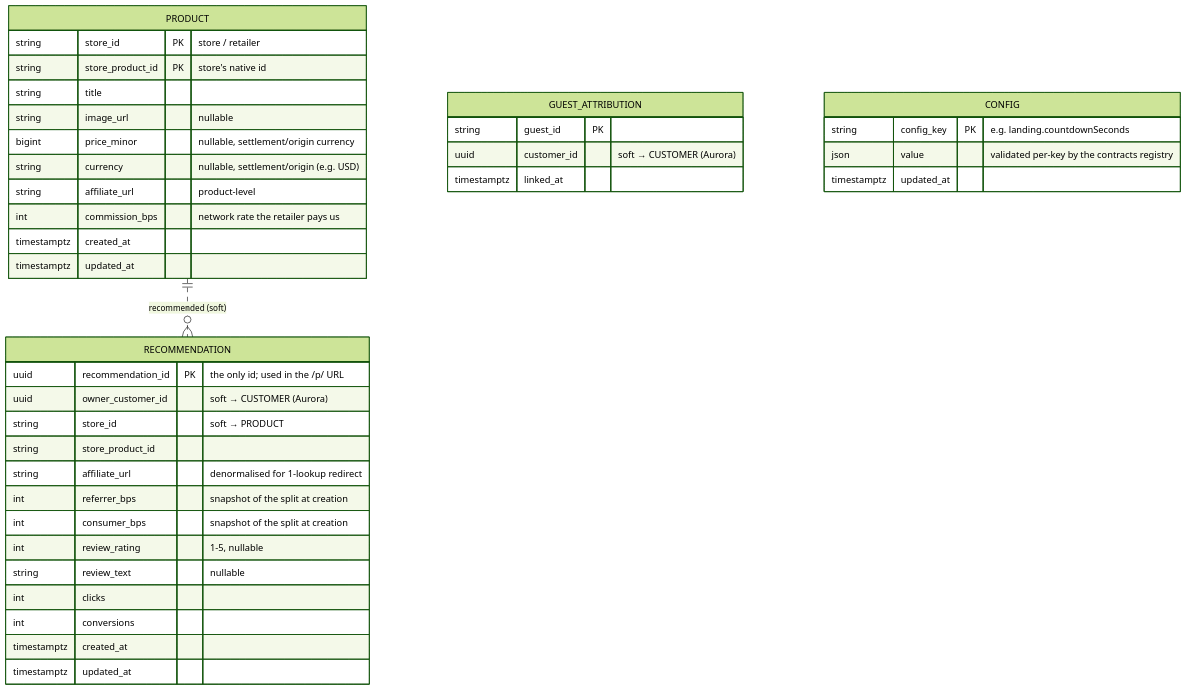
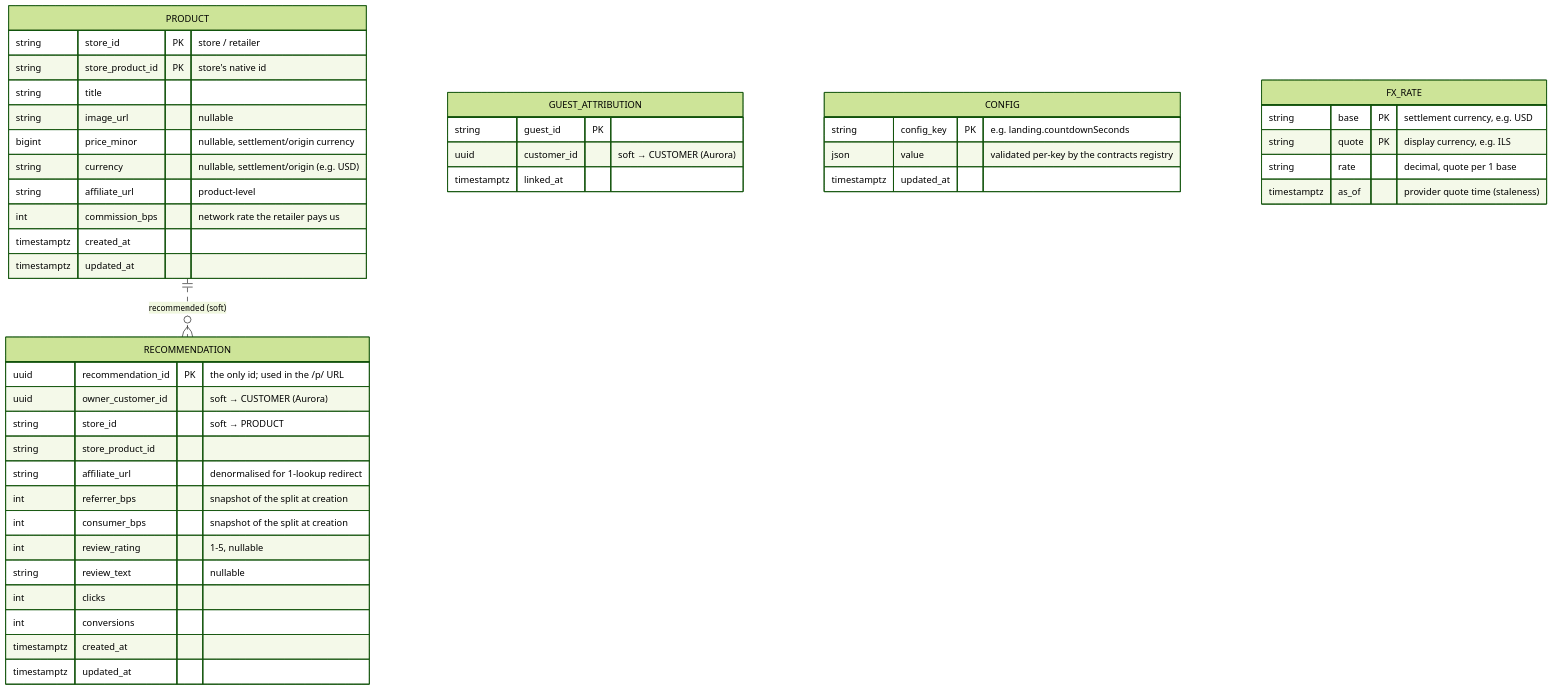
One commit to wanthat-app/monorepo changed the second of 2 diagrams in docs/Object_Model.md. Above: the diagram before and after it, drawn with Mermaid (forest theme). The commit also changed other lines of this file and 11 other files, not shown here.

First line of the commit message:
UC8: FX rate update (system flow)

````diff
--- a/docs/Object_Model.md
+++ b/docs/Object_Model.md
@@ -57,42 +58,48 @@
 ```mermaid
 erDiagram
   PRODUCT ||..o{ RECOMMENDATION : "recommended (soft)"
 
   PRODUCT {
     string store_id PK "store / retailer"
     string store_product_id PK "store's native id"
     string title
     string image_url "nullable"
     bigint price_minor "nullable, settlement/origin currency"
     string currency "nullable, settlement/origin (e.g. USD)"
     string affiliate_url "product-level"
     int commission_bps "network rate the retailer pays us"
     timestamptz created_at
     timestamptz updated_at
   }
   RECOMMENDATION {
     uuid recommendation_id PK "the only id; used in the /p/ URL"
     uuid owner_customer_id "soft → CUSTOMER (Aurora)"
     string store_id "soft → PRODUCT"
     string store_product_id
     string affiliate_url "denormalised for 1-lookup redirect"
     int referrer_bps "snapshot of the split at creation"
     int consumer_bps "snapshot of the split at creation"
     int review_rating "1-5, nullable"
     string review_text "nullable"
     int clicks
     int conversions
     timestamptz created_at
     timestamptz updated_at
   }
   GUEST_ATTRIBUTION {
     string guest_id PK
     uuid customer_id "soft → CUSTOMER (Aurora)"
     timestamptz linked_at
   }
   CONFIG {
     string config_key PK "e.g. landing.countdownSeconds"
     json value "validated per-key by the contracts registry"
     timestamptz updated_at
   }
+  FX_RATE {
+    string base PK "settlement currency, e.g. USD"
+    string quote PK "display currency, e.g. ILS"
+    string rate "decimal, quote per 1 base"
+    timestamptz as_of "provider quote time (staleness)"
+  }
 ```
````
